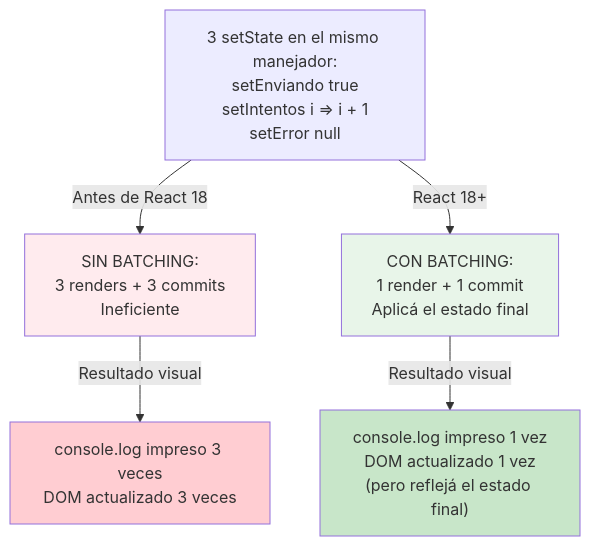
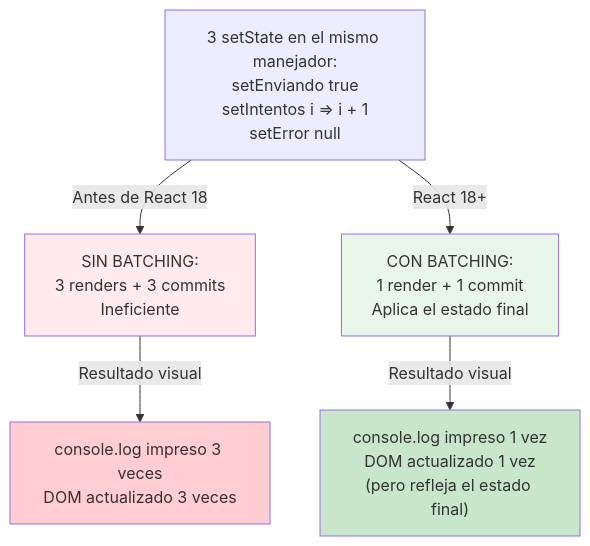
One commit to NICORUIZ93/The_Imperial_Book changed the third of 5 diagrams in web/public/content/react/modulo-1.md. Above: the diagram before and after it, drawn with Mermaid. The commit also changed other lines of this file and 41 other files, not shown here.

````diff
--- a/web/public/content/react/modulo-1.md
+++ b/web/public/content/react/modulo-1.md
@@ -242,18 +242,18 @@
 ```mermaid
 graph TD
     A["3 setState en el mismo manejador:<br/>setEnviando true<br/>setIntentos i => i + 1<br/>setError null"]
     
     B["SIN BATCHING:<br/>3 renders + 3 commits<br/>Ineficiente"]
-    C["CON BATCHING:<br/>1 render + 1 commit<br/>Aplicá el estado final"]
+    C["CON BATCHING:<br/>1 render + 1 commit<br/>Aplica el estado final"]
     
     A -->|Antes de React 18| B
     A -->|React 18+| C
     
     B -->|Resultado visual| D["console.log impreso 3 veces<br/>DOM actualizado 3 veces"]
-    C -->|Resultado visual| E["console.log impreso 1 vez<br/>DOM actualizado 1 vez<br/>(pero reflejá el estado final)"]
+    C -->|Resultado visual| E["console.log impreso 1 vez<br/>DOM actualizado 1 vez<br/>(pero refleja el estado final)"]
     
     style B fill:#ffebee
     style C fill:#e8f5e9
     style D fill:#ffcdd2
     style E fill:#c8e6c9
 ```
````
